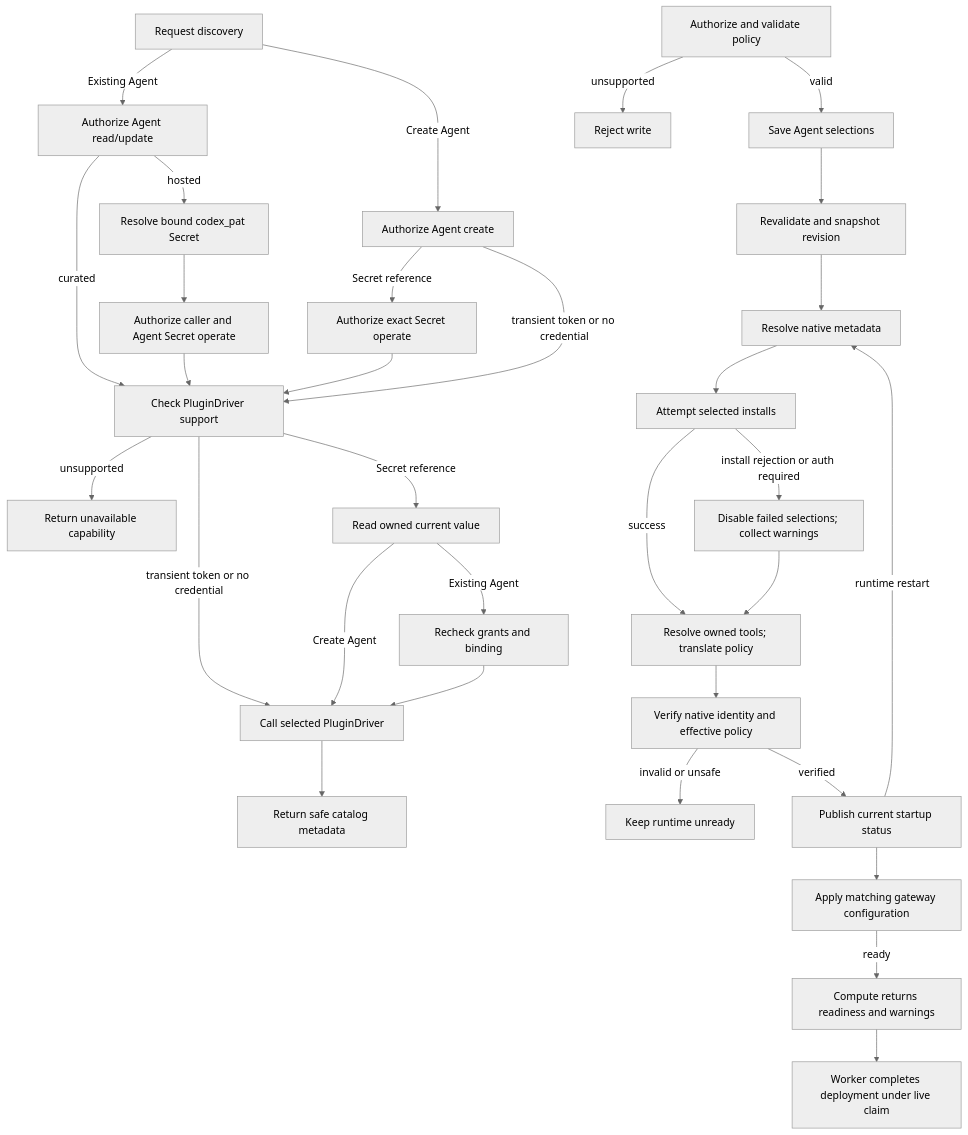
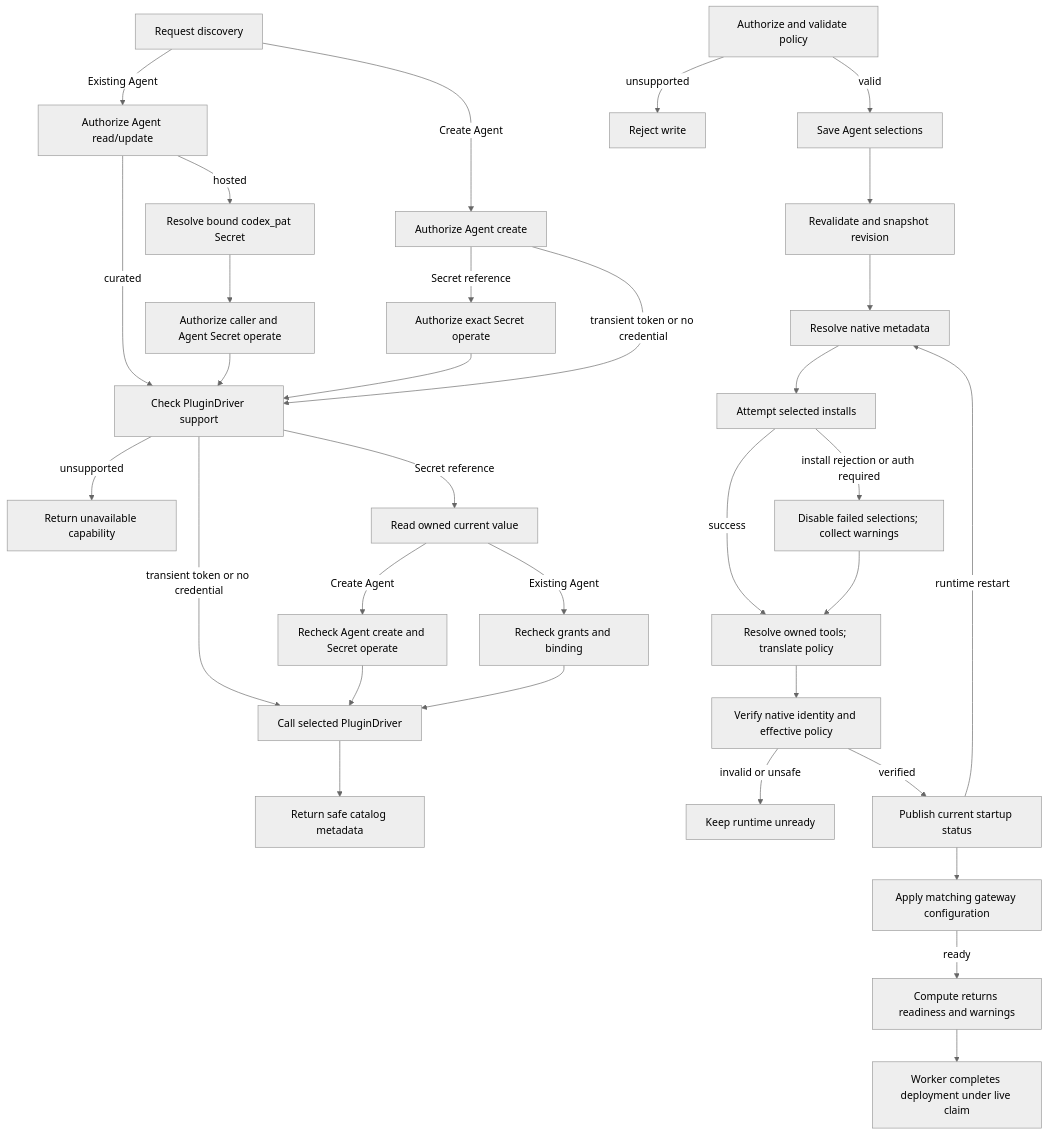
The diagram in docs/flows/agent-plugins.md (IsaiahStapleton/openclaw-enterprise), drawn with Mermaid (neutral theme) before and after one commit. The commit also changed other lines of this file and 3 other files, not shown here.

First line of the commit message:
fix(plugins): recheck grants before namespace discovery sends a stored secret

````diff
--- a/docs/flows/agent-plugins.md
+++ b/docs/flows/agent-plugins.md
@@ -30,34 +30,35 @@
 ```mermaid
 graph TD
   D0["Request discovery"] -->|Create Agent| D1["Authorize Agent create"]
   D0 -->|Existing Agent| E0["Authorize Agent read/update"]
   E0 -->|curated| D6
   E0 -->|hosted| E1["Resolve bound codex_pat Secret"]
   E1 --> E2["Authorize caller and Agent Secret operate"]
   E2 --> D6
   D1 -->|Secret reference| D2["Authorize exact Secret operate"]
   D2 --> D6["Check PluginDriver support"]
   D1 -->|transient token or no credential| D6
   D6 -->|unsupported| D7["Return unavailable capability"]
   D6 -->|Secret reference| D3["Read owned current value"]
   D6 -->|transient token or no credential| D4["Call selected PluginDriver"]
-  D3 -->|Create Agent| D4
+  D3 -->|Create Agent| E4["Recheck Agent create and Secret operate"]
+  E4 --> D4
   D3 -->|Existing Agent| E3["Recheck grants and binding"]
   E3 --> D4
   D4 --> D5["Return safe catalog metadata"]
   A["Authorize and validate policy"] -->|valid| S["Save Agent selections"]
   A -->|unsupported| Y["Reject write"]
   S --> B["Revalidate and snapshot revision"]
   B --> C["Resolve native metadata"]
   C --> D["Attempt selected installs"]
   D -->|install rejection or auth required| E["Disable failed selections; collect warnings"]
   D -->|success| T["Resolve owned tools; translate policy"]
   E --> T
   T --> F["Verify native identity and effective policy"]
   F -->|invalid or unsafe| X["Keep runtime unready"]
   F -->|verified| G["Publish current startup status"]
   G --> H["Apply matching gateway configuration"]
   H -->|ready| I["Compute returns readiness and warnings"]
   I --> J["Worker completes deployment under live claim"]
   G -->|runtime restart| C
 ```
````
